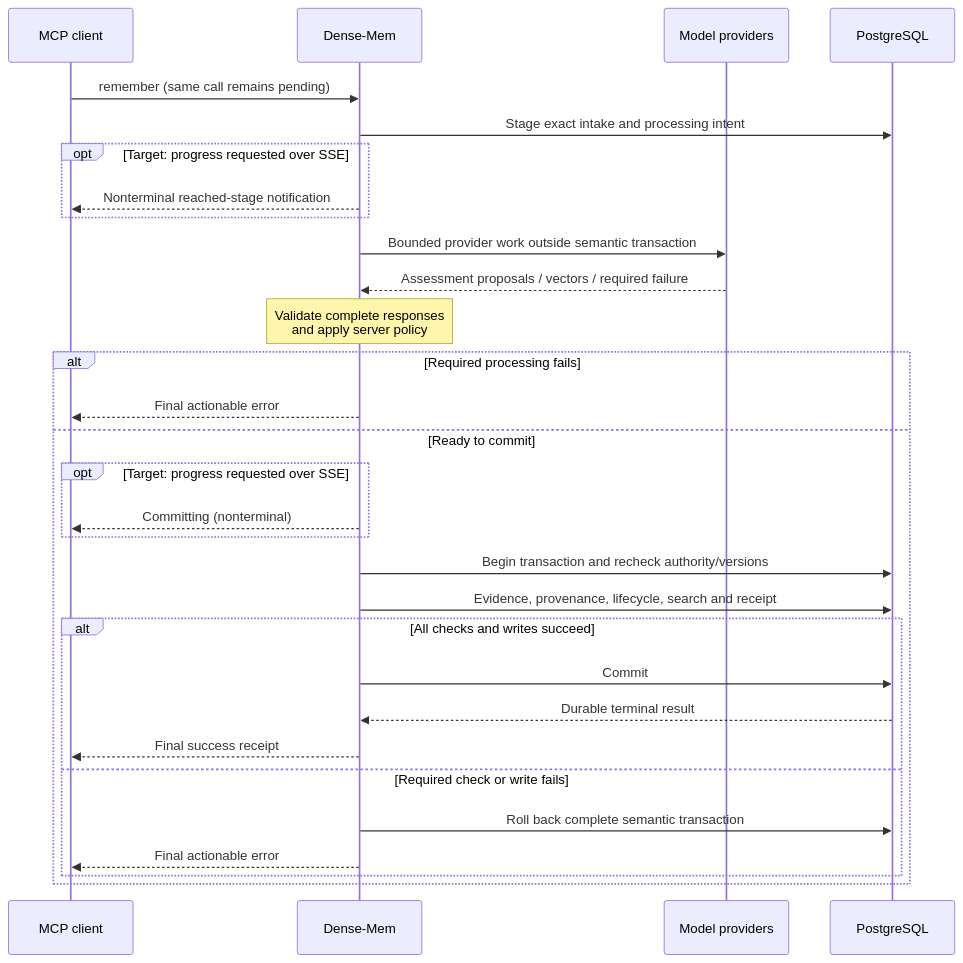
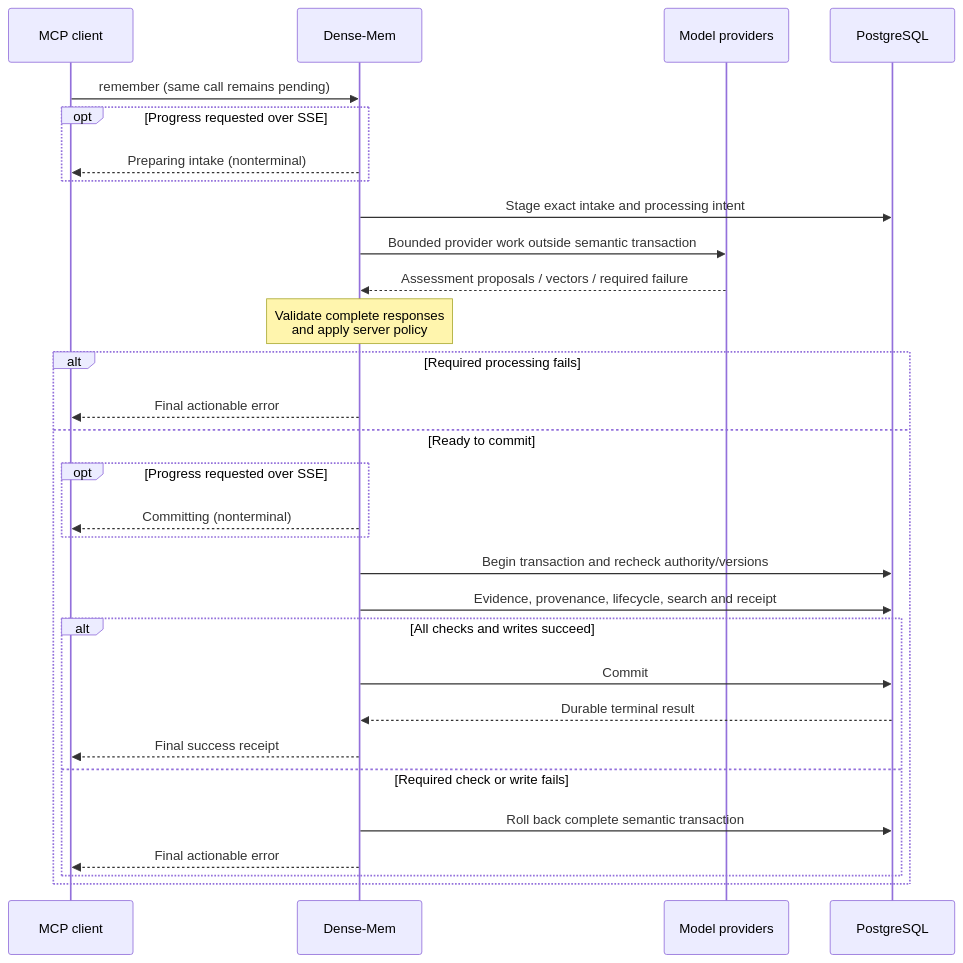
The second of 3 diagrams in Write-Pipeline.md (markhuangai/dense-mem), drawn with Mermaid before and after one commit. The commit also changed other lines of this file and 11 other files, not shown here.

Commit message:
docs: describe current progress and Evidence-only cutover flows

````diff
--- a/Write-Pipeline.md
+++ b/Write-Pipeline.md
@@ -49,33 +51,33 @@
 ```mermaid
 %%{init: {"sequence": {"rightAngles": true}}}%%
 sequenceDiagram
   participant Host as MCP client
   participant App as Dense-Mem
   participant AI as Model providers
   participant PG as PostgreSQL
   Host->>App: remember (same call remains pending)
+  opt Progress requested over SSE
+    App-->>Host: Preparing intake (nonterminal)
+  end
   App->>PG: Stage exact intake and processing intent
-  opt Target: progress requested over SSE
-    App-->>Host: Nonterminal reached-stage notification
-  end
   App->>AI: Bounded provider work outside semantic transaction
   AI-->>App: Assessment proposals / vectors / required failure
   Note over App: Validate complete responses<br/>and apply server policy
   alt Required processing fails
     App-->>Host: Final actionable error
   else Ready to commit
-    opt Target: progress requested over SSE
+    opt Progress requested over SSE
       App-->>Host: Committing (nonterminal)
     end
     App->>PG: Begin transaction and recheck authority/versions
     App->>PG: Evidence, provenance, lifecycle, search and receipt
     alt All checks and writes succeed
       App->>PG: Commit
       PG-->>App: Durable terminal result
       App-->>Host: Final success receipt
     else Required check or write fails
       App->>PG: Roll back complete semantic transaction
       App-->>Host: Final actionable error
     end
   end
 ```
````
